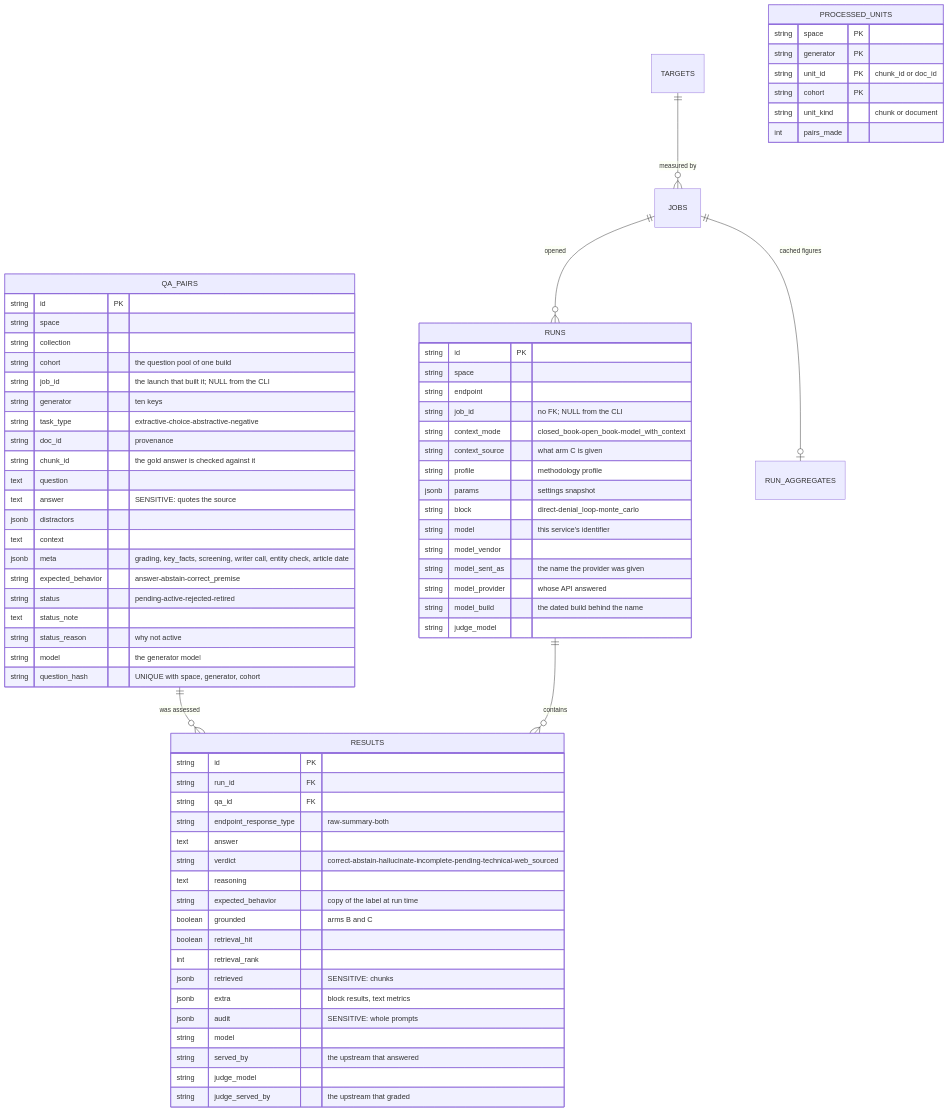
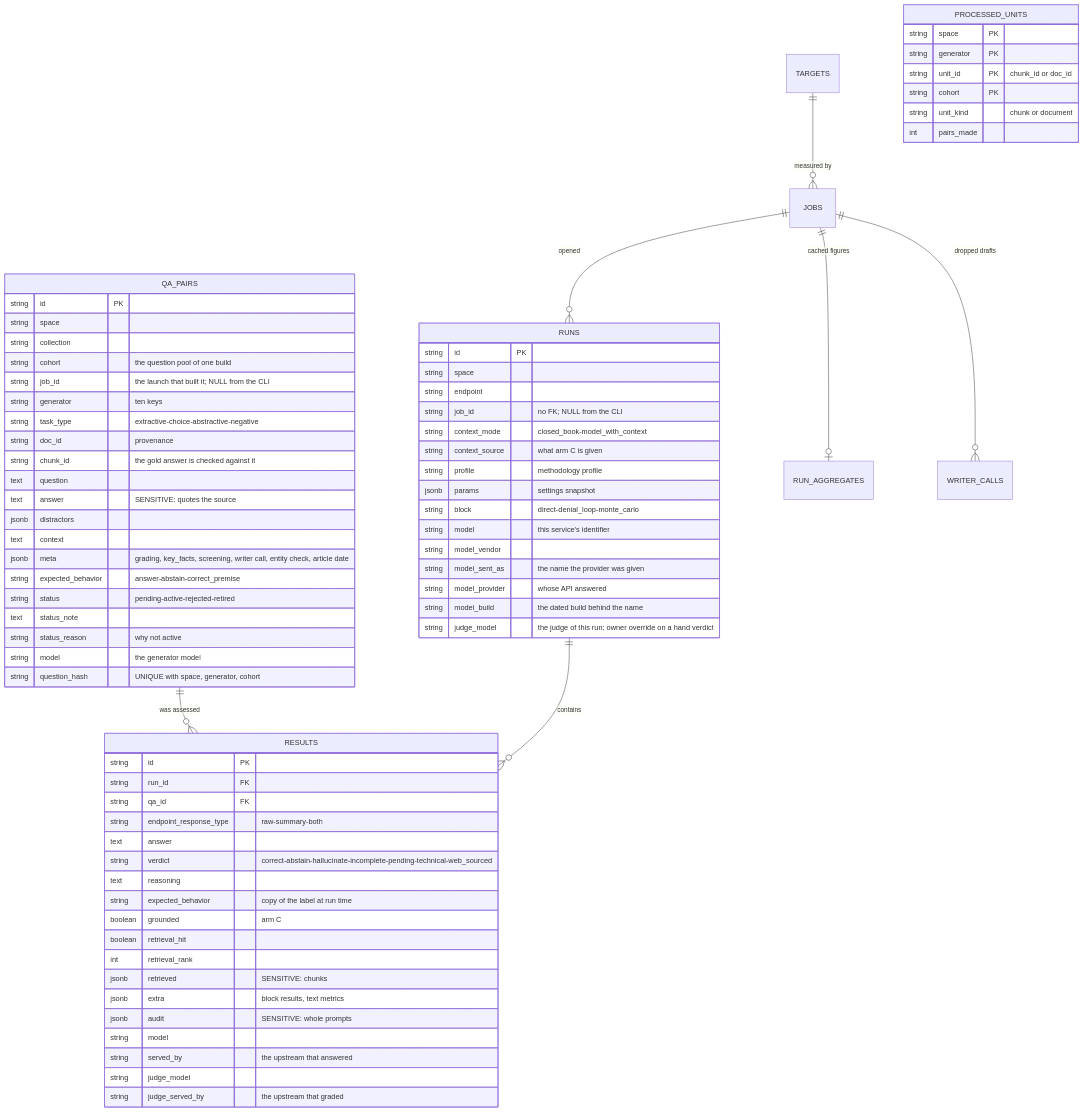
The diagram in packages/benchmark/docs/data-model.md (OpenMined/syft-space), drawn with Mermaid before and after one commit. The commit also changed other lines of this file and 381 other files, not shown here.

````diff
--- a/packages/benchmark/docs/data-model.md
+++ b/packages/benchmark/docs/data-model.md
@@ -6,77 +6,78 @@
 ```mermaid
 erDiagram
     QA_PAIRS ||--o{ RESULTS : "was assessed"
     RUNS ||--o{ RESULTS : "contains"
     JOBS ||--o{ RUNS : "opened"
     JOBS ||--o| RUN_AGGREGATES : "cached figures"
+    JOBS ||--o{ WRITER_CALLS : "dropped drafts"
     TARGETS ||--o{ JOBS : "measured by"
     PROCESSED_UNITS
 
     QA_PAIRS {
         string id PK
         string space
         string collection
         string cohort "the question pool of one build"
         string job_id "the launch that built it; NULL from the CLI"
         string generator "ten keys"
         string task_type "extractive-choice-abstractive-negative"
         string doc_id "provenance"
         string chunk_id "the gold answer is checked against it"
         text question
         text answer "SENSITIVE: quotes the source"
         jsonb distractors
         text context
         jsonb meta "grading, key_facts, screening, writer call, entity check, article date"
         string expected_behavior "answer-abstain-correct_premise"
         string status "pending-active-rejected-retired"
         text status_note
         string status_reason "why not active"
         string model "the generator model"
         string question_hash "UNIQUE with space, generator, cohort"
     }
     PROCESSED_UNITS {
         string space PK
         string generator PK
         string unit_id PK "chunk_id or doc_id"
         string cohort PK
         string unit_kind "chunk or document"
         int pairs_made
     }
     RUNS {
         string id PK
         string space
         string endpoint
         string job_id "no FK; NULL from the CLI"
-        string context_mode "closed_book-open_book-model_with_context"
+        string context_mode "closed_book-model_with_context"
         string context_source "what arm C is given"
         string profile "methodology profile"
         jsonb params "settings snapshot"
         string block "direct-denial_loop-monte_carlo"
         string model "this service's identifier"
         string model_vendor
         string model_sent_as "the name the provider was given"
         string model_provider "whose API answered"
         string model_build "the dated build behind the name"
-        string judge_model
+        string judge_model "the judge of this run; owner override on a hand verdict"
     }
     RESULTS {
         string id PK
         string run_id FK
         string qa_id FK
         string endpoint_response_type "raw-summary-both"
         text answer
         string verdict "correct-abstain-hallucinate-incomplete-pending-technical-web_sourced"
         text reasoning
         string expected_behavior "copy of the label at run time"
-        boolean grounded "arms B and C"
+        boolean grounded "arm C"
         boolean retrieval_hit
         int retrieval_rank
         jsonb retrieved "SENSITIVE: chunks"
         jsonb extra "block results, text metrics"
         jsonb audit "SENSITIVE: whole prompts"
         string model
         string served_by "the upstream that answered"
         string judge_model
         string judge_served_by "the upstream that graded"
     }
 ```
````
